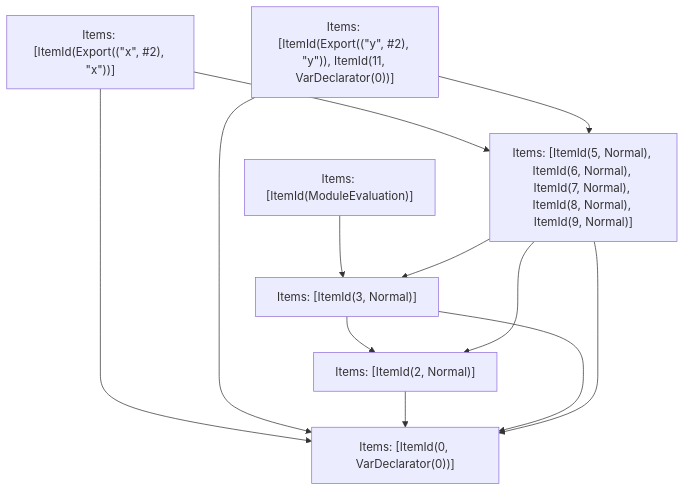
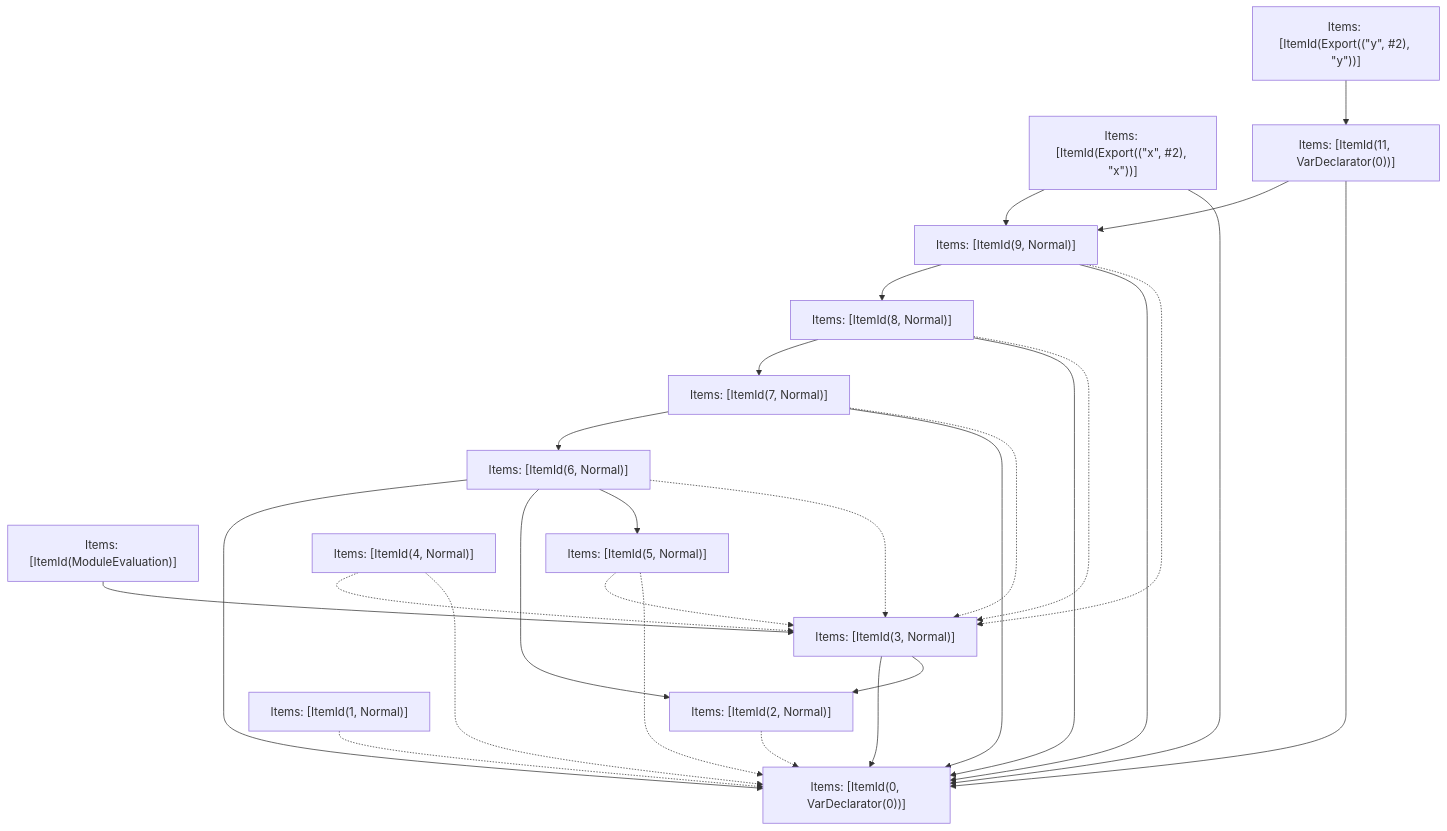
Before and after one commit to vercel/turborepo: the fifth of 5 diagrams in crates/turbopack-ecmascript/tests/tree-shaker/analyzer/grouping/output.md, drawn with Mermaid. The commit also changed other lines of this file and 72 other files, not shown here.

````diff
--- a/crates/turbopack-ecmascript/tests/tree-shaker/analyzer/grouping/output.md
+++ b/crates/turbopack-ecmascript/tests/tree-shaker/analyzer/grouping/output.md
@@ -276,21 +276,44 @@
 ```mermaid
 graph TD
-    N0["Items: [ItemId(ModuleEvaluation)]"];
-    N1["Items: [ItemId(Export((&quot;x&quot;, #2), &quot;x&quot;))]"];
-    N2["Items: [ItemId(Export((&quot;y&quot;, #2), &quot;y&quot;)), ItemId(11, VarDeclarator(0))]"];
-    N3["Items: [ItemId(0, VarDeclarator(0))]"];
-    N4["Items: [ItemId(2, Normal)]"];
-    N5["Items: [ItemId(3, Normal)]"];
-    N6["Items: [ItemId(5, Normal), ItemId(6, Normal), ItemId(7, Normal), ItemId(8, Normal), ItemId(9, Normal)]"];
-    N0 --> N5;
-    N1 --> N6;
-    N1 --> N3;
-    N2 --> N6;
-    N2 --> N3;
-    N4 --> N3;
-    N5 --> N3;
+    N0["Items: [ItemId(0, VarDeclarator(0))]"];
+    N1["Items: [ItemId(2, Normal)]"];
+    N2["Items: [ItemId(3, Normal)]"];
+    N3["Items: [ItemId(ModuleEvaluation)]"];
+    N4["Items: [ItemId(5, Normal)]"];
+    N5["Items: [ItemId(6, Normal)]"];
+    N6["Items: [ItemId(7, Normal)]"];
+    N7["Items: [ItemId(8, Normal)]"];
+    N8["Items: [ItemId(9, Normal)]"];
+    N9["Items: [ItemId(Export((&quot;x&quot;, #2), &quot;x&quot;))]"];
+    N10["Items: [ItemId(11, VarDeclarator(0))]"];
+    N11["Items: [ItemId(Export((&quot;y&quot;, #2), &quot;y&quot;))]"];
+    N12["Items: [ItemId(4, Normal)]"];
+    N13["Items: [ItemId(1, Normal)]"];
+    N13 -.-> N0;
+    N1 -.-> N0;
+    N2 --> N0;
+    N2 --> N1;
+    N12 -.-> N2;
+    N12 -.-> N0;
+    N4 -.-> N2;
+    N4 -.-> N0;
+    N5 --> N0;
+    N5 --> N1;
     N5 --> N4;
+    N5 -.-> N2;
     N6 --> N5;
-    N6 --> N3;
-    N6 --> N4;
+    N6 --> N0;
+    N6 -.-> N2;
+    N7 --> N6;
+    N7 --> N0;
+    N7 -.-> N2;
+    N8 --> N7;
+    N8 --> N0;
+    N8 -.-> N2;
+    N10 --> N8;
+    N10 --> N0;
+    N9 --> N8;
+    N9 --> N0;
+    N11 --> N10;
+    N3 --> N2;
 ```
````
